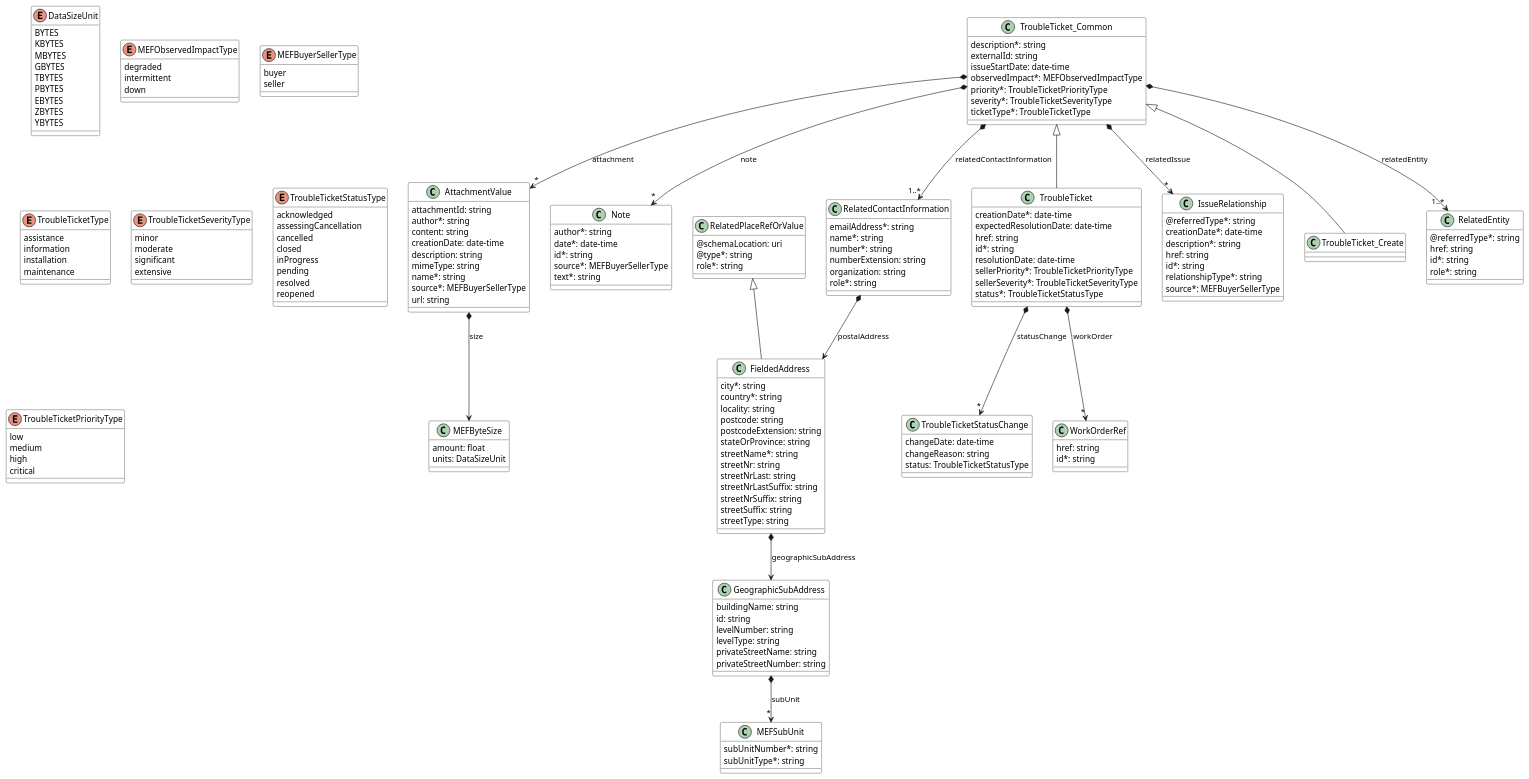
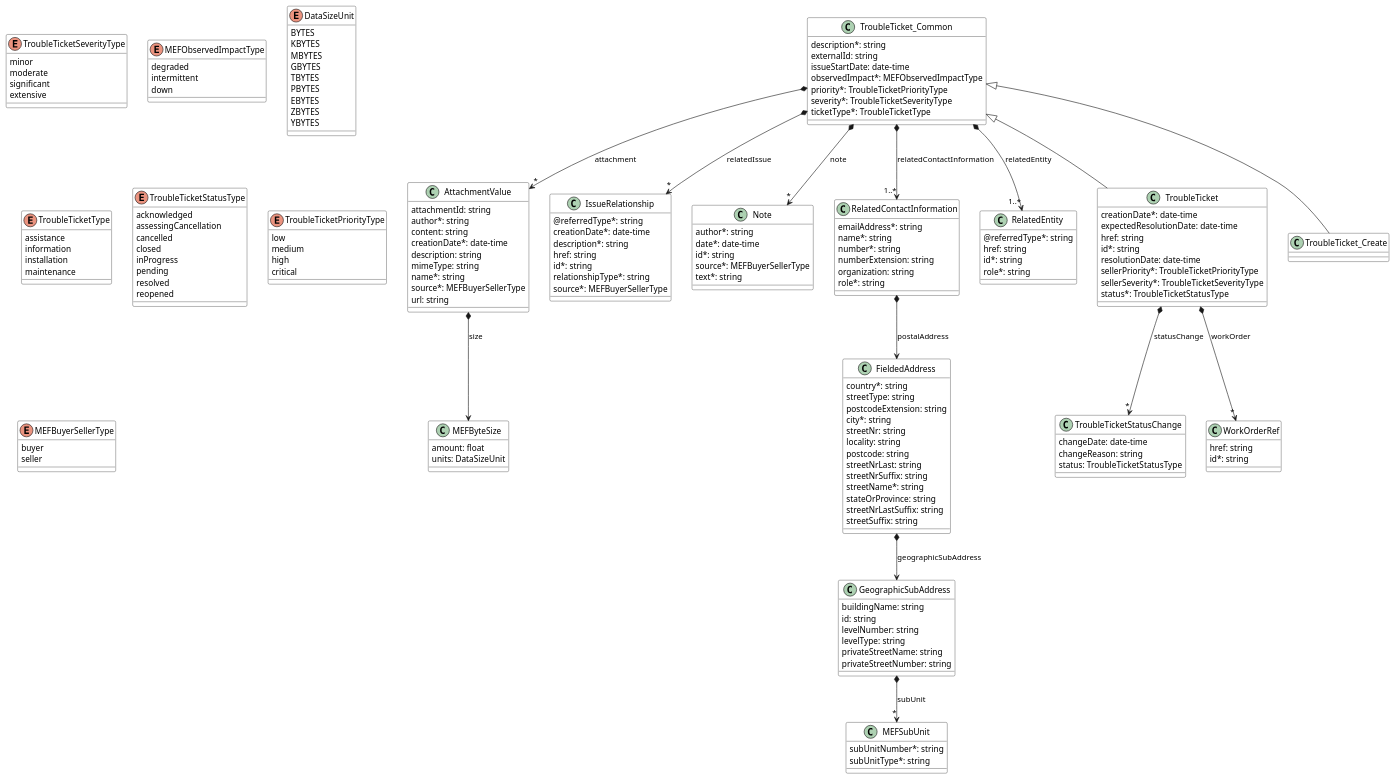
The diagram in documentation/productApi/troubleTicket/media/src/useCase1Model.puml (MEF-GIT/MEF-LSO-Sonata-SDK), drawn with PlantUML before and after one commit. The commit also changed 211 other files, not shown here.

```diff
--- a/documentation/productApi/troubleTicket/media/src/useCase1Model.puml
+++ b/documentation/productApi/troubleTicket/media/src/useCase1Model.puml
@@ -9,47 +9,63 @@
     attachmentId: string
     author*: string
     content: string
-    creationDate: date-time
+    creationDate*: date-time
     description: string
     mimeType: string
     name*: string
     source*: MEFBuyerSellerType
     url: string
 }
+
 AttachmentValue *--> MEFByteSize : size
-
-enum DataSizeUnit {
-
-    BYTES
-    KBYTES
-    MBYTES
-    GBYTES
-    TBYTES
-    PBYTES
-    EBYTES
-    ZBYTES
-    YBYTES
-}
 
 class FieldedAddress {
 
+    country*: string
+    streetType: string
+    postcodeExtension: string
     city*: string
-    country*: string
+    streetNr: string
     locality: string
     postcode: string
-    postcodeExtension: string
+    streetNrLast: string
+    streetNrSuffix: string
+    streetName*: string
     stateOrProvince: string
-    streetName*: string
-    streetNr: string
-    streetNrLast: string
     streetNrLastSuffix: string
-    streetNrSuffix: string
     streetSuffix: string
-    streetType: string
 }
-RelatedPlaceRefOrValue <|-- FieldedAddress
 
 FieldedAddress *--> GeographicSubAddress : geographicSubAddress
+
+
+class IssueRelationship {
+
+    @referredType*: string
+    creationDate*: date-time
+    description*: string
+    href: string
+    id*: string
+    relationshipType*: string
+    source*: MEFBuyerSellerType
+}
+
+
+enum TroubleTicketSeverityType {
+
+    minor
+    moderate
+    significant
+    extensive
+}
+class TroubleTicketStatusChange {
+
+    changeDate: date-time
+    changeReason: string
+    status: TroubleTicketStatusType
+}
+
+
 
 
 class GeographicSubAddress {
@@ -64,7 +80,6 @@
 
 GeographicSubAddress *-->"*" MEFSubUnit : subUnit
 
-
 class MEFByteSize {
 
     amount: float
@@ -77,6 +92,24 @@
     intermittent
     down
 }
+enum DataSizeUnit {
+
+    BYTES
+    KBYTES
+    MBYTES
+    GBYTES
+    TBYTES
+    PBYTES
+    EBYTES
+    ZBYTES
+    YBYTES
+}
+class MEFSubUnit {
+
+    subUnitNumber*: string
+    subUnitType*: string
+}
+
 
 class Note {
 
@@ -86,23 +119,6 @@
     source*: MEFBuyerSellerType
     text*: string
 }
-
-
-
-
-enum MEFBuyerSellerType {
-
-    buyer
-    seller
-}
-
-class MEFSubUnit {
-
-    subUnitNumber*: string
-    subUnitType*: string
-}
-
-
 
 class RelatedContactInformation {
 
@@ -117,12 +133,15 @@
 RelatedContactInformation *--> FieldedAddress : postalAddress
 
 
-class RelatedPlaceRefOrValue {
+class RelatedEntity {
 
-    @schemaLocation: uri
-    @type*: string
+    @referredType*: string
+    href: string
+    id*: string
     role*: string
 }
+
+
 
 class TroubleTicket {
 
@@ -140,26 +159,6 @@
 TroubleTicket *-->"*" TroubleTicketStatusChange : statusChange
 TroubleTicket *-->"*" WorkOrderRef : workOrder
 
-class IssueRelationship {
-
-    @referredType*: string
-    creationDate*: date-time
-    description*: string
-    href: string
-    id*: string
-    relationshipType*: string
-    source*: MEFBuyerSellerType
-}
-
-
-class TroubleTicketStatusChange {
-
-    changeDate: date-time
-    changeReason: string
-    status: TroubleTicketStatusType
-}
-
-
 
 enum TroubleTicketType {
 
@@ -168,27 +167,42 @@
     installation
     maintenance
 }
+class WorkOrderRef {
+
+    href: string
+    id*: string
+}
+
+enum TroubleTicketStatusType {
+
+    acknowledged
+    assessingCancellation
+    cancelled
+    closed
+    inProgress
+    pending
+    resolved
+    reopened
+}
+enum TroubleTicketPriorityType {
+
+    low
+    medium
+    high
+    critical
+}
 class TroubleTicket_Create {
 
 }
 TroubleTicket_Common <|-- TroubleTicket_Create
 
 
-class WorkOrderRef {
 
-    href: string
-    id*: string
+enum MEFBuyerSellerType {
+
+    buyer
+    seller
 }
-class RelatedEntity {
-
-    @referredType*: string
-    href: string
-    id*: string
-    role*: string
-}
-
-
-
 class TroubleTicket_Common {
 
     description*: string
@@ -207,33 +221,4 @@
 TroubleTicket_Common *-->"*" IssueRelationship : relatedIssue
 
 
-
-
-enum TroubleTicketSeverityType {
-
-    minor
-    moderate
-    significant
-    extensive
-}
-enum TroubleTicketStatusType {
-
-    acknowledged
-    assessingCancellation
-    cancelled
-    closed
-    inProgress
-    pending
-    resolved
-    reopened
-}
-
-
-enum TroubleTicketPriorityType {
-
-    low
-    medium
-    high
-    critical
-}
 @enduml
```
